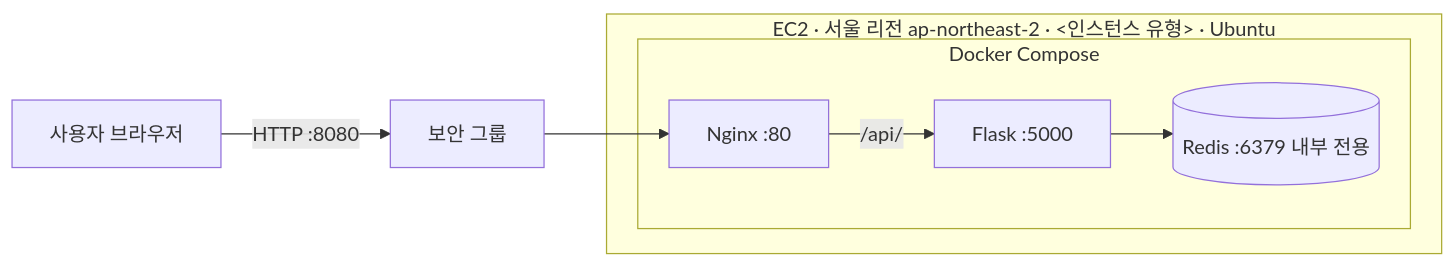
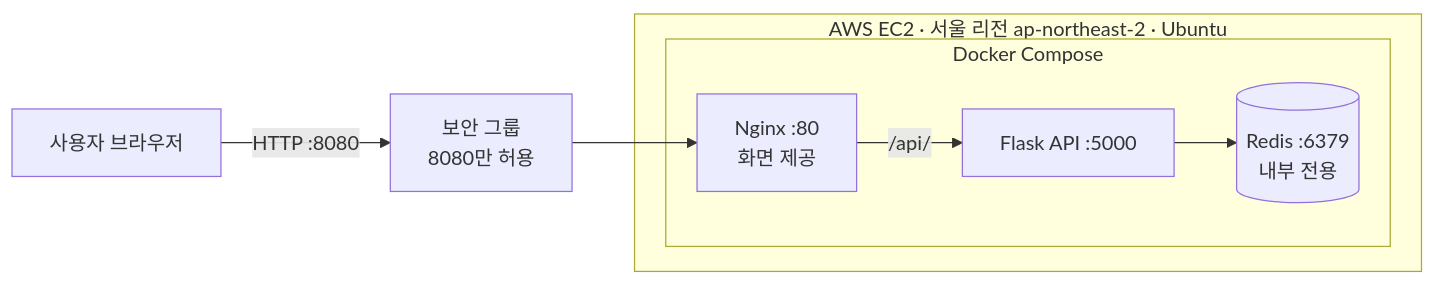
Before and after one commit to Aa26178787/ticket_booking: the diagram in README.md, drawn with Mermaid. The commit also changed other lines of this file, not shown here.

````diff
--- a/README.md
+++ b/README.md
@@ -42,11 +58,11 @@
 ```mermaid
 flowchart LR
-  U[사용자 브라우저] -->|HTTP :8080| SG[보안 그룹]
-  subgraph EC2[EC2 · 서울 리전 ap-northeast-2 · <인스턴스 유형> · Ubuntu]
+  U[사용자 브라우저] -->|HTTP :8080| SG[보안 그룹<br/>8080만 허용]
+  subgraph EC2[AWS EC2 · 서울 리전 ap-northeast-2 · Ubuntu]
     subgraph Compose[Docker Compose]
-      N[Nginx :80] -->|/api/| A[Flask :5000]
-      A --> R[(Redis :6379 내부 전용)]
+      N[Nginx :80<br/>화면 제공] -->|/api/| A[Flask API :5000]
+      A --> R[(Redis :6379<br/>내부 전용)]
     end
   end
   SG --> N
 ```
````
